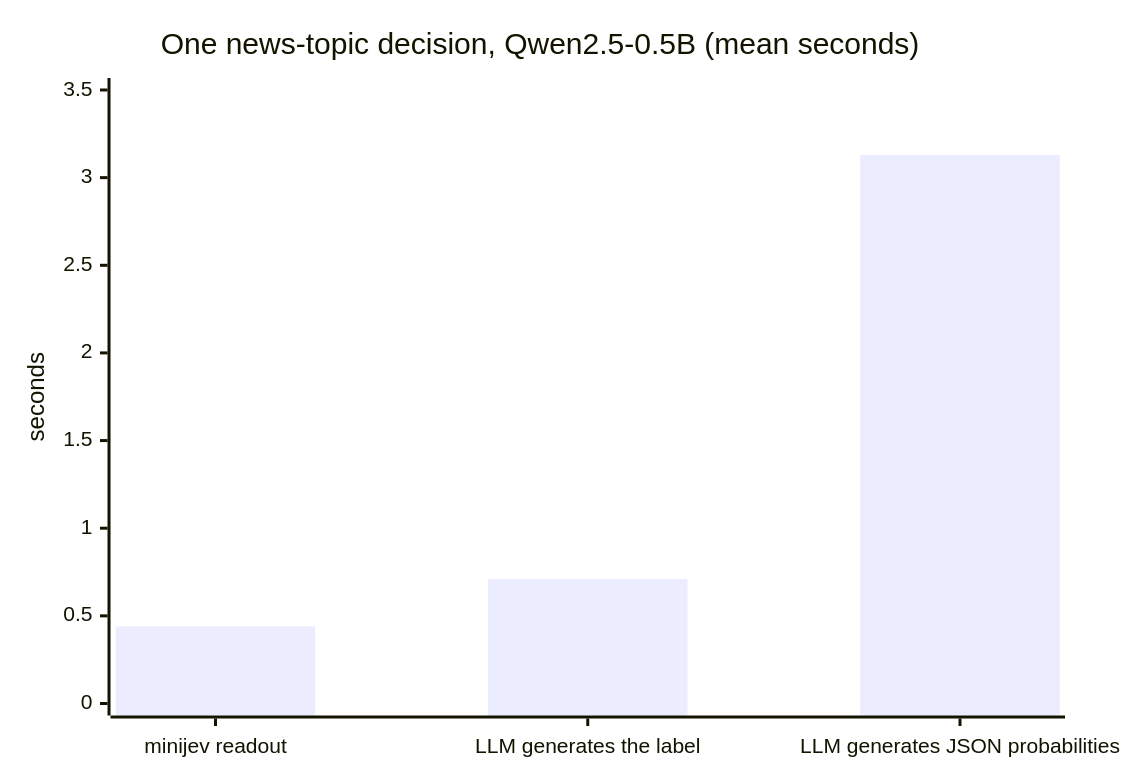
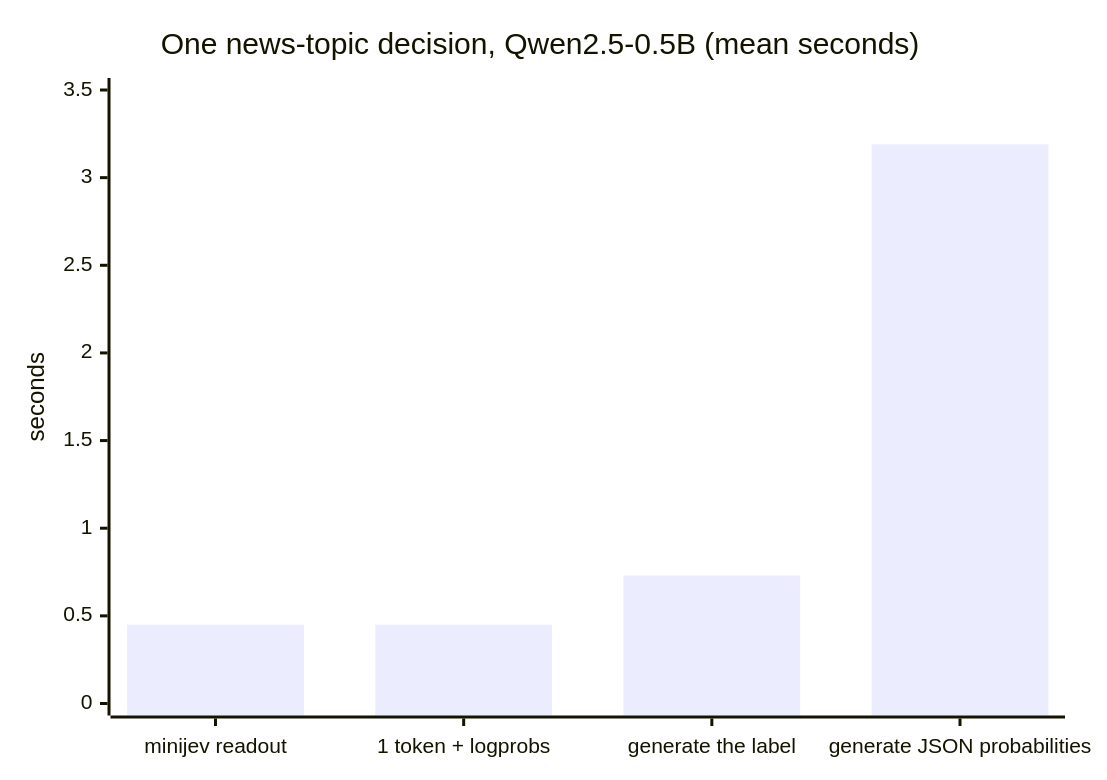
Diagram 13 of 18 in docs/WALKTHROUGH.md (Obi-Wan-Clemobi/minijev), drawn with Mermaid before and after one commit. The commit also changed other lines of this file and 3 other files, not shown here.

````diff
--- a/docs/WALKTHROUGH.md
+++ b/docs/WALKTHROUGH.md
@@ -394,7 +407,7 @@
 ```mermaid
 xychart-beta
     title "One news-topic decision, Qwen2.5-0.5B (mean seconds)"
-    x-axis ["minijev readout", "LLM generates the label", "LLM generates JSON probabilities"]
+    x-axis ["minijev readout", "1 token + logprobs", "generate the label", "generate JSON probabilities"]
     y-axis "seconds" 0 --> 3.5
-    bar [0.44, 0.71, 3.13]
+    bar [0.45, 0.45, 0.73, 3.19]
 ```
````
